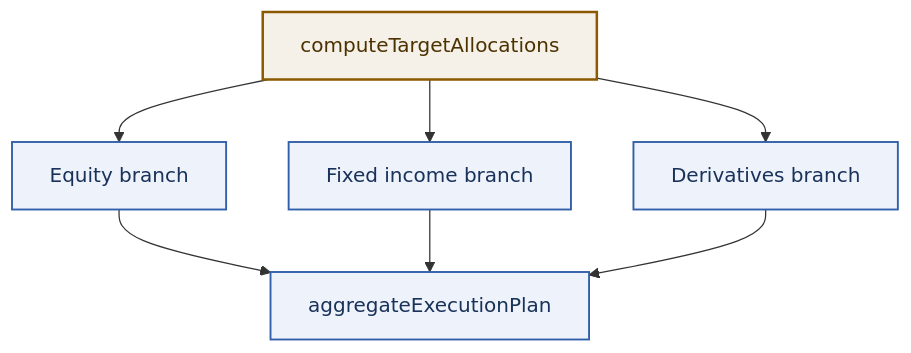
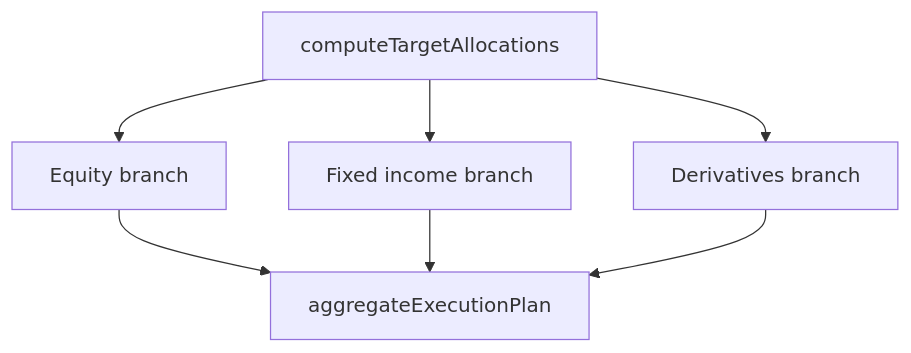
The diagram in docs/Publications/Paper-3-graph-substitution-semantics/Figures/substitution-example-before.mmd (Digimuoto/cortex), drawn with Mermaid before and after one commit. The commit also changed 151 other files, not shown here.

```diff
--- a/docs/Publications/Paper-3-graph-substitution-semantics/Figures/substitution-example-before.mmd
+++ b/docs/Publications/Paper-3-graph-substitution-semantics/Figures/substitution-example-before.mmd
@@ -1,13 +1,7 @@
 flowchart TD
     C["computeTargetAllocations"] --> EQ["Equity branch"]
     C --> FI["Fixed income branch"]
     C --> DER["Derivatives branch"]
     EQ --> A["aggregateExecutionPlan"]
     FI --> A
     DER --> A
-
-    classDef anchor fill:#f6f1e8,stroke:#8a5a00,color:#4b3200,stroke-width:2px;
-    classDef branch fill:#eef2fb,stroke:#315ea8,color:#19325a,stroke-width:1.5px;
-
-    class C anchor;
-    class EQ,FI,DER,A branch;
```
